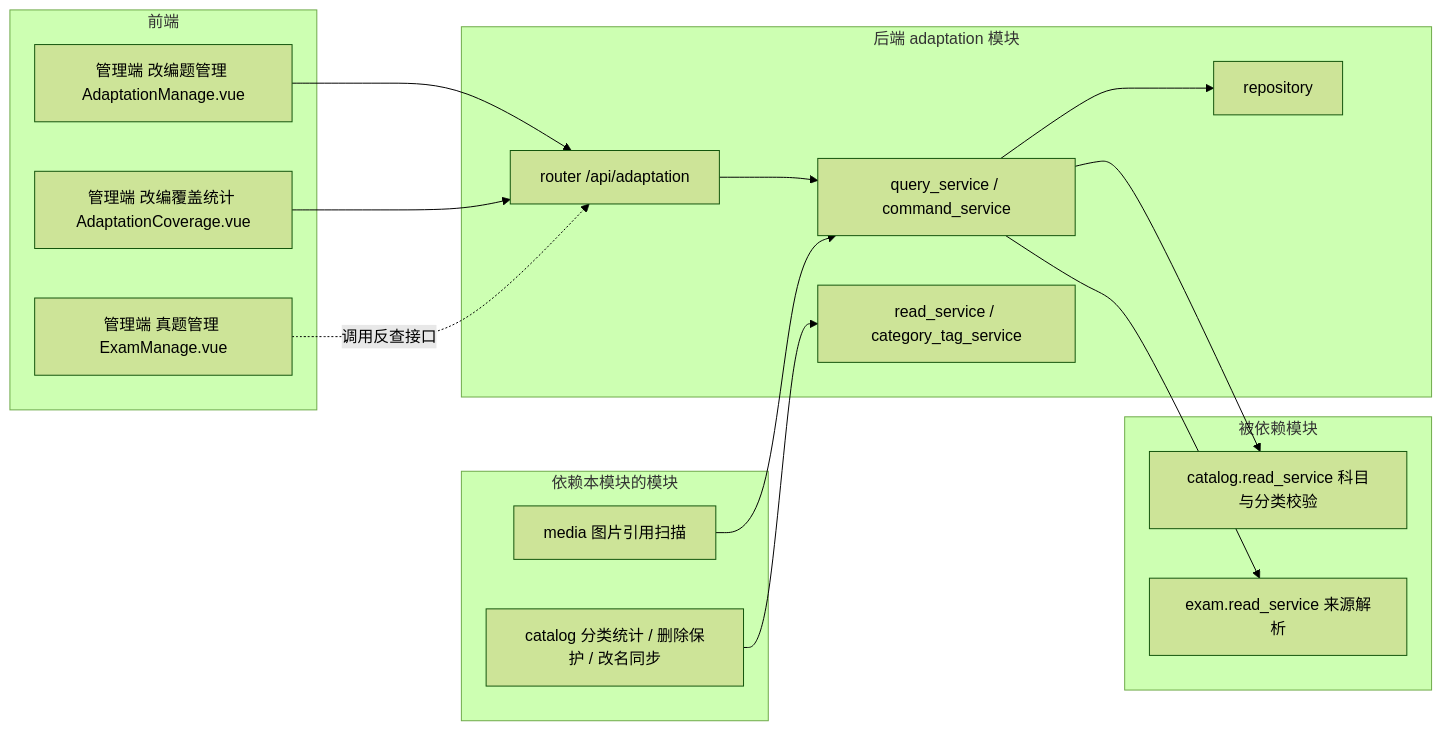
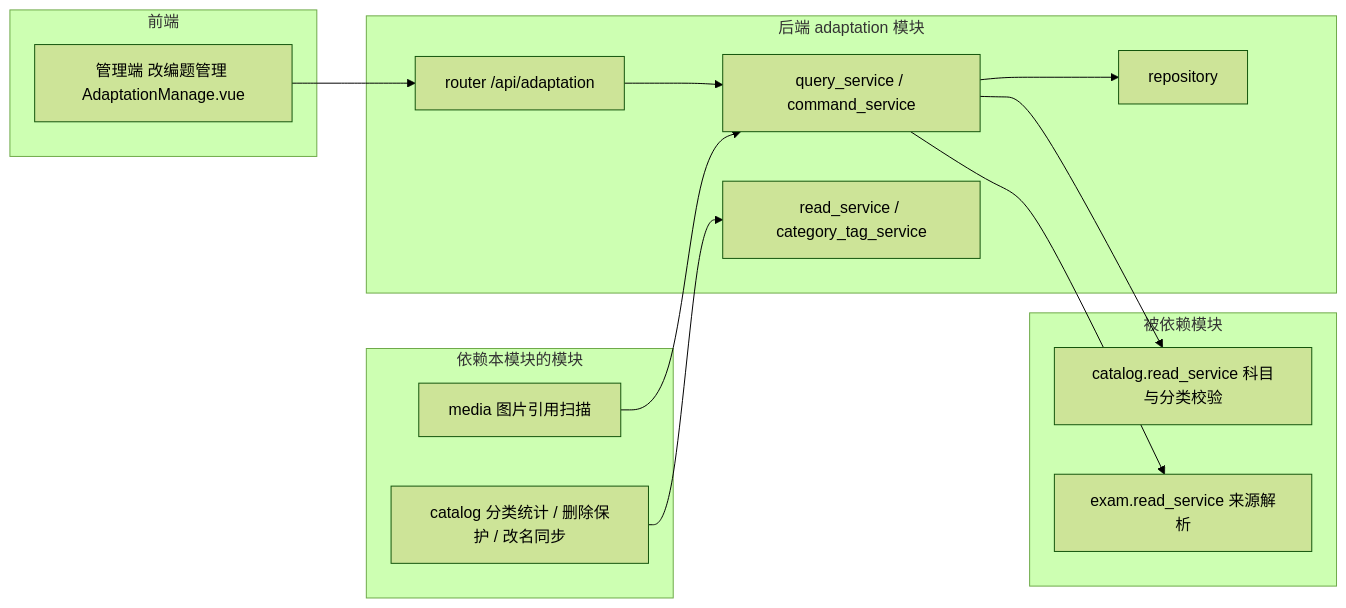
One commit to ddll8023/408web changed the first of 4 diagrams in doc/模块/真题改编模块开发设计.md. Above: the diagram before and after it, drawn with Mermaid (forest theme). The commit also changed other lines of this file and 15 other files, not shown here.

````diff
--- a/doc/模块/真题改编模块开发设计.md
+++ b/doc/模块/真题改编模块开发设计.md
@@ -99,35 +93,31 @@
 ```mermaid
 flowchart LR
     subgraph FE[前端]
         FE1[管理端 改编题管理 AdaptationManage.vue]
-        FE2[管理端 改编覆盖统计 AdaptationCoverage.vue]
-        FE3[管理端 真题管理 ExamManage.vue]
     end
 
     subgraph BE[后端 adaptation 模块]
         BE1[router /api/adaptation]
         BE2[query_service / command_service]
         BE3[read_service / category_tag_service]
         BE4[repository]
     end
 
     subgraph DEP[被依赖模块]
         D1[catalog.read_service 科目与分类校验]
         D2[exam.read_service 来源解析]
     end
 
     subgraph UP[依赖本模块的模块]
         U1[catalog 分类统计 / 删除保护 / 改名同步]
         U2[media 图片引用扫描]
     end
 
     FE1 --> BE1
-    FE2 --> BE1
-    FE3 -. 调用反查接口 .-> BE1
     BE1 --> BE2
     BE2 --> BE4
     BE2 --> D1
     BE2 --> D2
     U1 --> BE3
     U2 --> BE2
 ```
````
